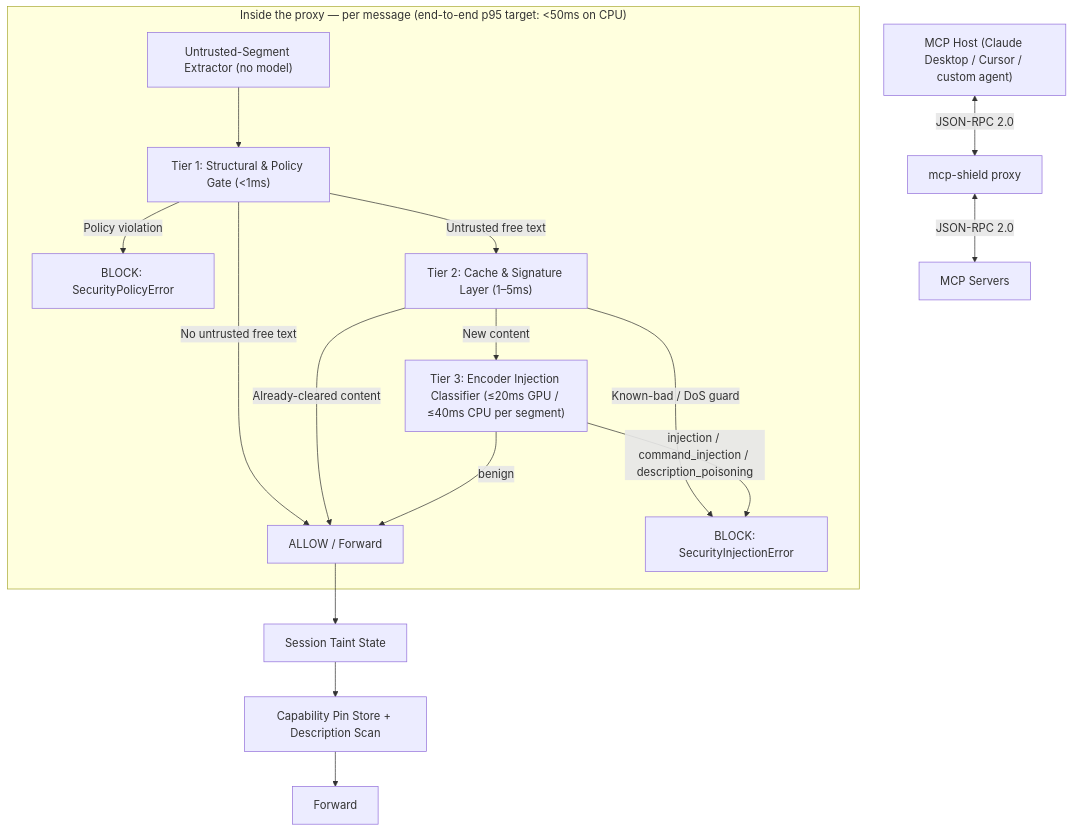
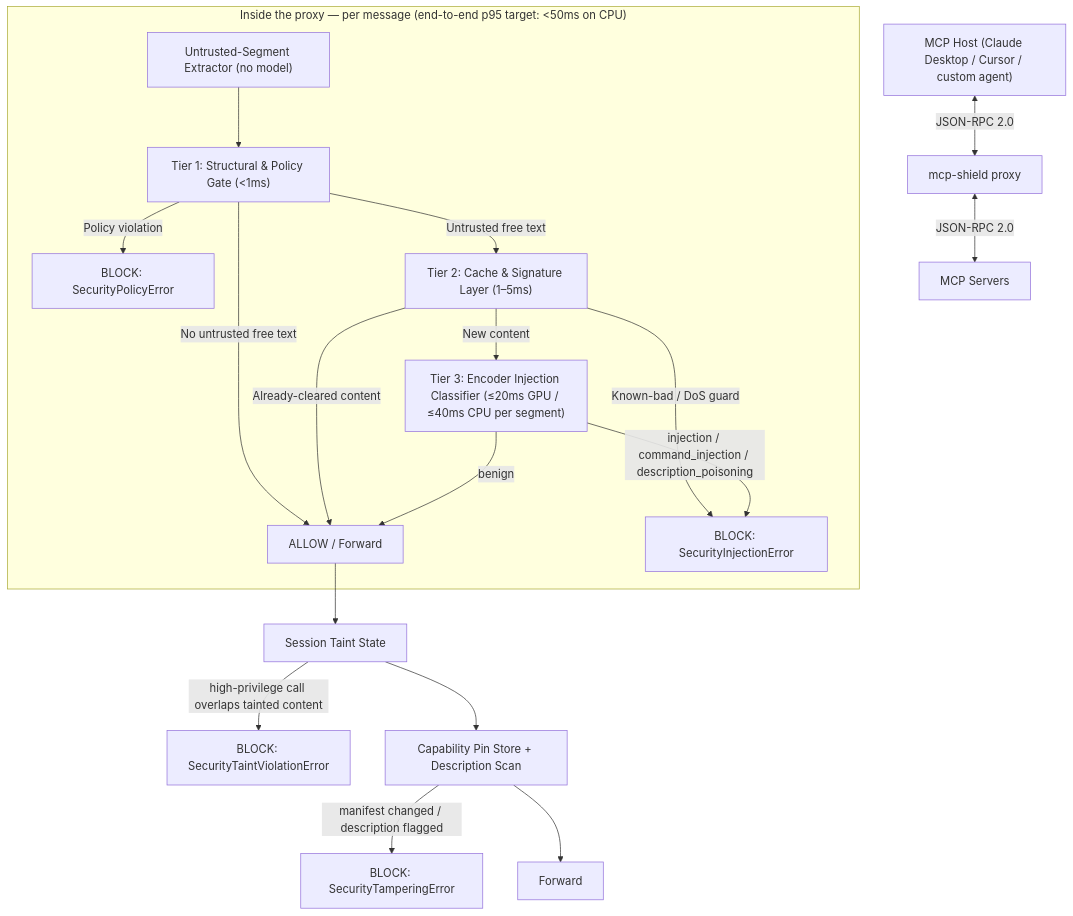
The first of 2 diagrams in README.md (rishikeshvarma/MCP-Shield), drawn with Mermaid before and after one commit. The commit also changed other lines of this file and 8 other files, not shown here.

````diff
--- a/README.md
+++ b/README.md
@@ -57,19 +57,23 @@
 ```mermaid
 graph TD
     Host["MCP Host (Claude Desktop / Cursor / custom agent)"] <-->|"JSON-RPC 2.0"| Proxy["mcp-shield proxy"]
     Proxy <-->|"JSON-RPC 2.0"| Servers["MCP Servers"]
 
     subgraph Cascade["Inside the proxy — per message (end-to-end p95 target: <50ms on CPU)"]
         Ext["Untrusted-Segment Extractor (no model)"] --> T1["Tier 1: Structural & Policy Gate (<1ms)"]
         T1 -->|"Policy violation"| Deny1["BLOCK: SecurityPolicyError"]
         T1 -->|"No untrusted free text"| Pass["ALLOW / Forward"]
         T1 -->|"Untrusted free text"| T2["Tier 2: Cache & Signature Layer (1–5ms)"]
         T2 -->|"Already-cleared content"| Pass
         T2 -->|"Known-bad / DoS guard"| Deny2["BLOCK: SecurityInjectionError"]
         T2 -->|"New content"| T3["Tier 3: Encoder Injection Classifier (≤20ms GPU / ≤40ms CPU per segment)"]
         T3 -->|"benign"| Pass
         T3 -->|"injection / command_injection / description_poisoning"| Deny2
     end
 
-    Pass --> Taint["Session Taint State"] --> Pin["Capability Pin Store + Description Scan"] --> Out["Forward"]
+    Pass --> Taint["Session Taint State"]
+    Taint -->|"high-privilege call overlaps tainted content"| Deny3["BLOCK: SecurityTaintViolationError"]
+    Taint --> Pin["Capability Pin Store + Description Scan"]
+    Pin -->|"manifest changed / description flagged"| Deny4["BLOCK: SecurityTamperingError"]
+    Pin --> Out["Forward"]
 ```
````
